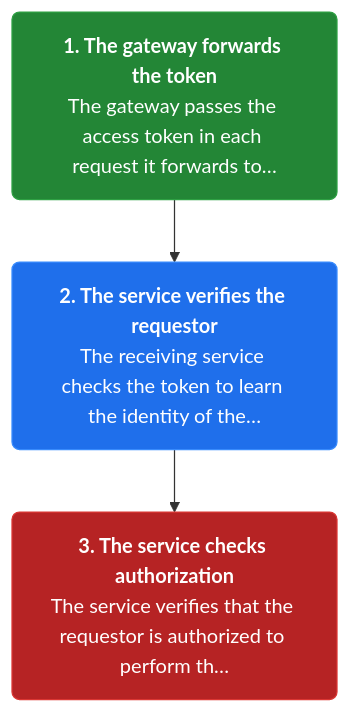
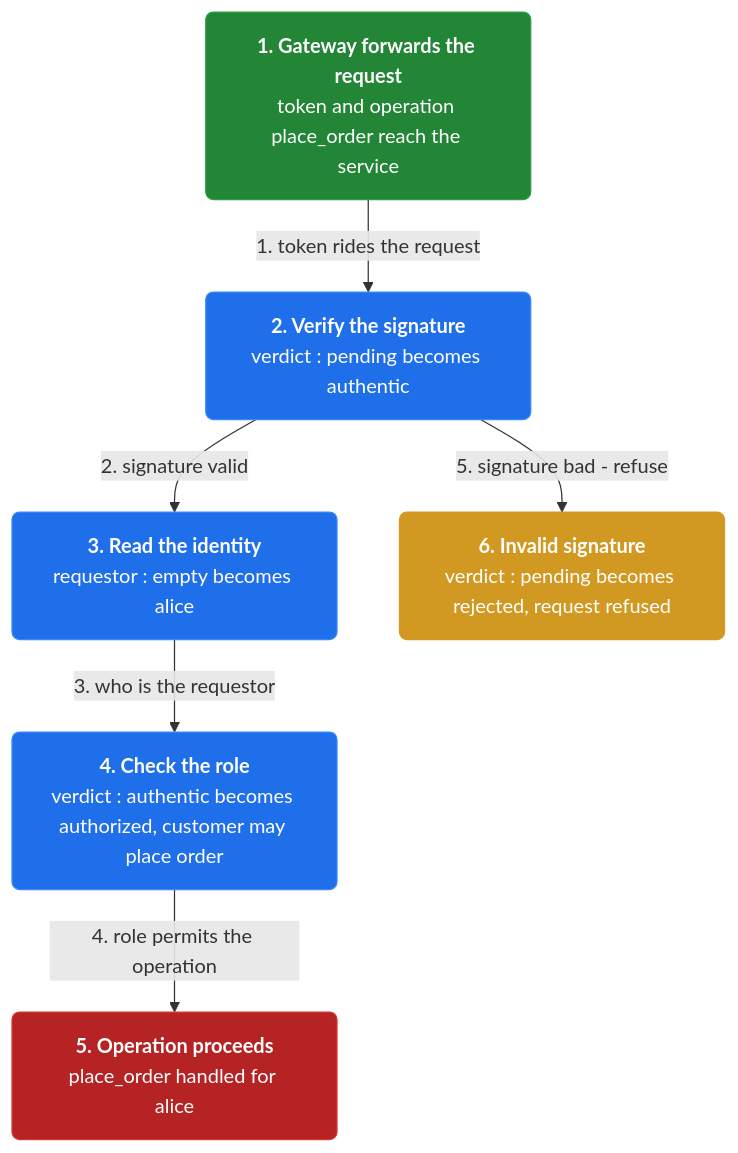
Before and after one commit to vinayakuber/microservices-io-study-guide: the second of 3 diagrams in docs/ch28-access-token.md, drawn with Mermaid. The commit also changed other lines of this file and 46 other files, not shown here.

First line of the commit message:
Author rich branching flow diagrams for all 44 chapters

````diff
--- a/docs/ch28-access-token.md
+++ b/docs/ch28-access-token.md
@@ -52,11 +60,19 @@
 ```mermaid
 flowchart TD
-  classDef step fill:#1f6feb,color:#ffffff,stroke:#388bfd,stroke-width:1px,rx:6
+  classDef step fill:#1f6feb,color:#ffffff,stroke:#388bfd,rx:6
+  classDef core fill:#8250df,color:#ffffff,stroke:#8250df,rx:6
+  classDef warn fill:#d29922,color:#ffffff,stroke:#d29922,rx:6
   classDef start fill:#238636,color:#ffffff,stroke:#2ea043,rx:6
   classDef stop fill:#b62324,color:#ffffff,stroke:#da3633,rx:6
-  s1n0["<b>1. The gateway forwards the token</b><br/>The gateway passes the access token in each request it forwards to…"]:::start
-  s1n1["<b>2. The service verifies the requestor</b><br/>The receiving service checks the token to learn the identity of the…"]:::step
-  s1n2["<b>3. The service checks authorization</b><br/>The service verifies that the requestor is authorized to perform th…"]:::stop
-  s1n0 --> s1n1
-  s1n1 --> s1n2
+  n0["<b>1. Gateway forwards the request</b><br/>token and operation place_order reach the service"]:::start
+  n1["<b>2. Verify the signature</b><br/>verdict : pending becomes authentic"]:::step
+  n2["<b>3. Read the identity</b><br/>requestor : empty becomes alice"]:::step
+  n3["<b>4. Check the role</b><br/>verdict : authentic becomes authorized, customer may place order"]:::step
+  n4["<b>5. Operation proceeds</b><br/>place_order handled for alice"]:::stop
+  n5["<b>6. Invalid signature</b><br/>verdict : pending becomes rejected, request refused"]:::warn
+  n0 -->|"1. token rides the request"| n1
+  n1 -->|"2. signature valid"| n2
+  n2 -->|"3. who is the requestor"| n3
+  n3 -->|"4. role permits the operation"| n4
+  n1 -->|"5. signature bad - refuse"| n5
 ```
````
